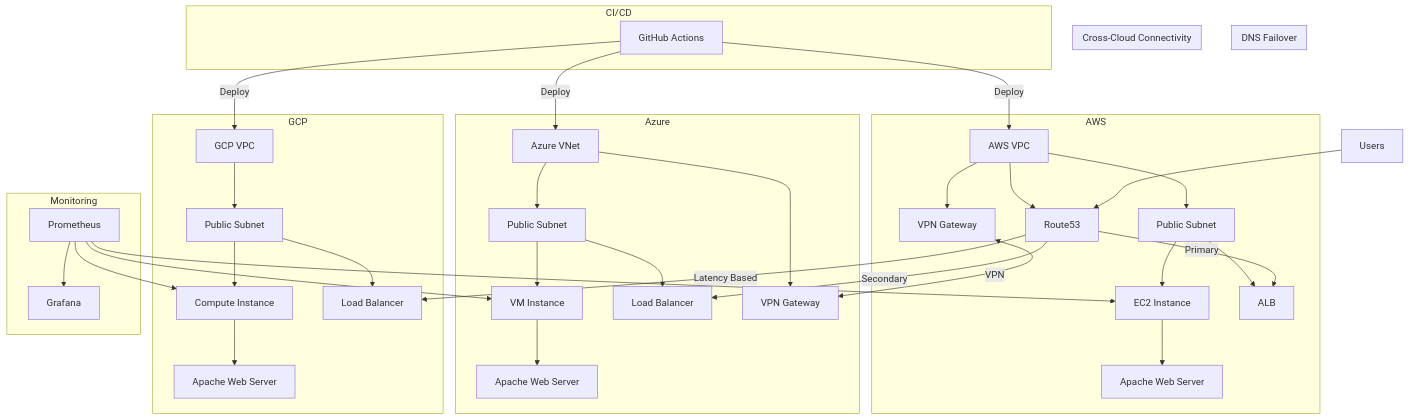
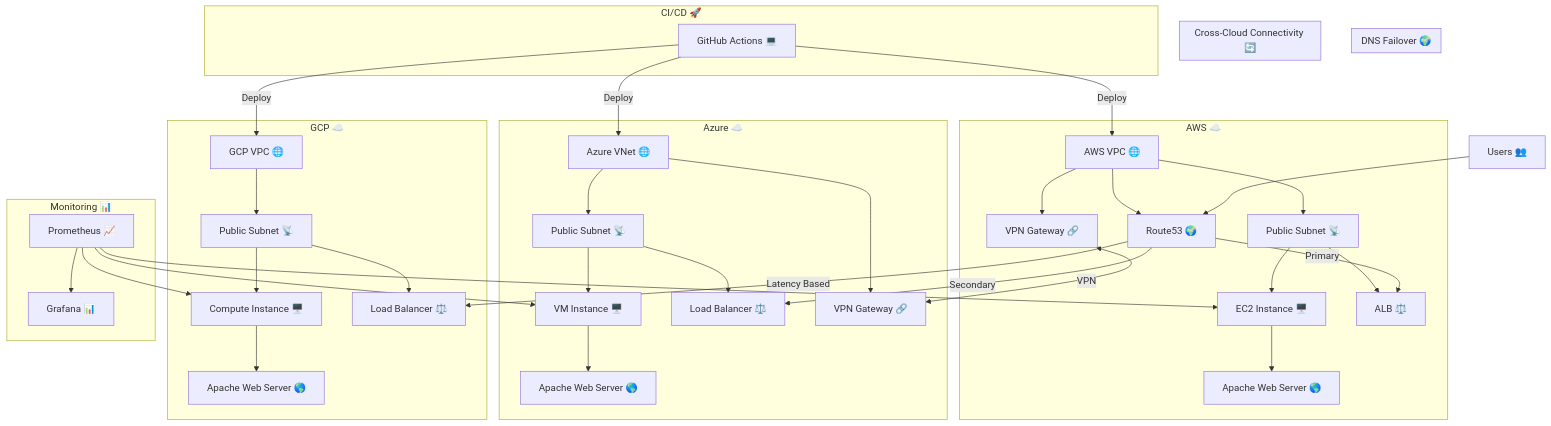
The diagram in Documentation.md (codecat1111/multi-cloud-terraform), drawn with Mermaid before and after one commit.

````diff
--- a/Documentation.md
+++ b/Documentation.md
@@ -37,51 +37,51 @@
 ```mermaid
 graph TB
-    subgraph "AWS"
-        A[AWS VPC] --> A1[Public Subnet]
-        A1 --> A2[EC2 Instance]
-        A1 --> A3[ALB]
-        A --> A4[VPN Gateway]
-        A2 --> A5[Apache Web Server]
-        A --> A6[Route53]
+    subgraph "AWS ☁️"
+        A[AWS VPC 🌐] --> A1[Public Subnet 📡]
+        A1 --> A2[EC2 Instance 🖥️]
+        A1 --> A3[ALB ⚖️]
+        A --> A4[VPN Gateway 🔗]
+        A2 --> A5[Apache Web Server 🌎]
+        A --> A6[Route53 🌍]
     end
 
-    subgraph "Azure"
-        B[Azure VNet] --> B1[Public Subnet]
-        B1 --> B2[VM Instance]
-        B1 --> B3[Load Balancer]
-        B --> B4[VPN Gateway]
-        B2 --> B5[Apache Web Server]
+    subgraph "Azure ☁️"
+        B[Azure VNet 🌐] --> B1[Public Subnet 📡]
+        B1 --> B2[VM Instance 🖥️]
+        B1 --> B3[Load Balancer ⚖️]
+        B --> B4[VPN Gateway 🔗]
+        B2 --> B5[Apache Web Server 🌎]
     end
 
-    subgraph "GCP"
-        C[GCP VPC] --> C1[Public Subnet]
-        C1 --> C2[Compute Instance]
-        C1 --> C3[Load Balancer]
-        C2 --> C5[Apache Web Server]
+    subgraph "GCP ☁️"
+        C[GCP VPC 🌐] --> C1[Public Subnet 📡]
+        C1 --> C2[Compute Instance 🖥️]
+        C1 --> C3[Load Balancer ⚖️]
+        C2 --> C5[Apache Web Server 🌎]
     end
 
-    subgraph "Monitoring"
-        M1[Prometheus] --> M2[Grafana]
+    subgraph "Monitoring 📊"
+        M1[Prometheus 📈] --> M2[Grafana 📊]
         M1 --> A2
         M1 --> B2
         M1 --> C2
     end
 
-    subgraph "DNS Failover"
+    subgraph "DNS Failover 🌍"
         A6 --> |Primary|A3
         A6 --> |Secondary|B3
         A6 --> |Latency Based|C3
     end
 
-    subgraph "Cross-Cloud Connectivity"
+    subgraph "Cross-Cloud Connectivity 🔄"
         A4 <--> |VPN|B4
     end
 
-    subgraph "CI/CD"
-        G1[GitHub Actions] --> |Deploy|A
+    subgraph "CI/CD 🚀"
+        G1[GitHub Actions 💻] --> |Deploy|A
         G1 --> |Deploy|B
         G1 --> |Deploy|C
     end
 
-    U[Users] --> A6
+    U[Users 👥] --> A6
 ```
````
